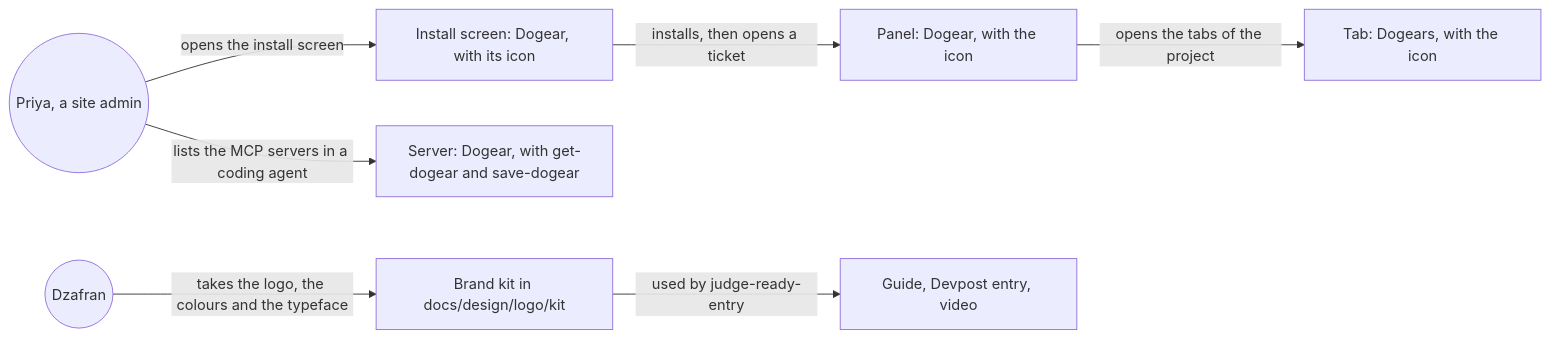
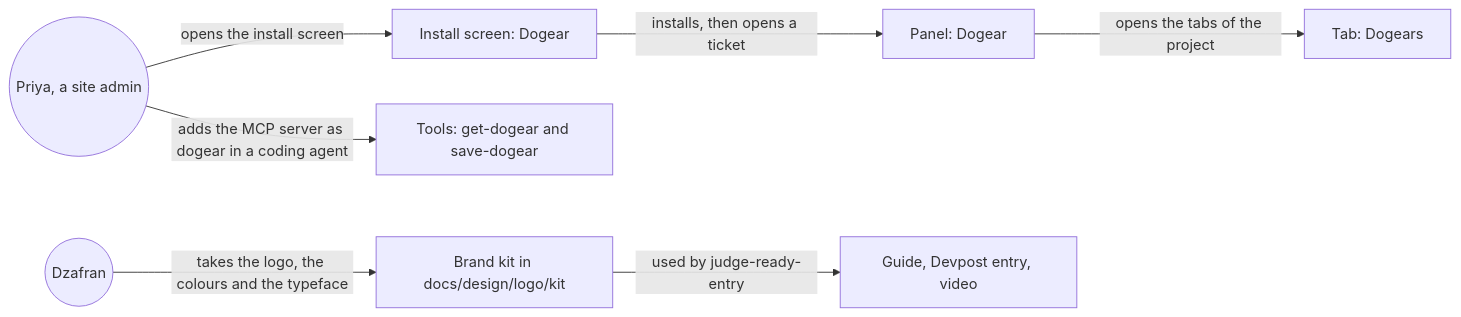
Before and after one commit to dzaffren/dogear: the first of 4 diagrams in docs/specs/dogear-brand.md, drawn with Mermaid. The commit also changed other lines of this file and 1 other file, not shown here.

Commit message:
docs(spec): write the technical plan of dogear-brand

````diff
--- a/docs/specs/dogear-brand.md
+++ b/docs/specs/dogear-brand.md
@@ -46,9 +46,9 @@
 ```mermaid
 flowchart LR
-    J((Priya, a site admin)) -- "opens the install screen" --> I["Install screen: Dogear, with its icon"]
-    I -- "installs, then opens a ticket" --> P["Panel: Dogear, with the icon"]
-    P -- "opens the tabs of the project" --> T["Tab: Dogears, with the icon"]
-    J -- "lists the MCP servers in a coding agent" --> C["Server: Dogear, with get-dogear and save-dogear"]
+    J((Priya, a site admin)) -- "opens the install screen" --> I["Install screen: Dogear"]
+    I -- "installs, then opens a ticket" --> P["Panel: Dogear"]
+    P -- "opens the tabs of the project" --> T["Tab: Dogears"]
+    J -- "adds the MCP server as dogear in a coding agent" --> C["Tools: get-dogear and save-dogear"]
     D((Dzafran)) -- "takes the logo, the colours and the typeface" --> K["Brand kit in docs/design/logo/kit"]
     K -- "used by judge-ready-entry" --> G["Guide, Devpost entry, video"]
 ```
````
